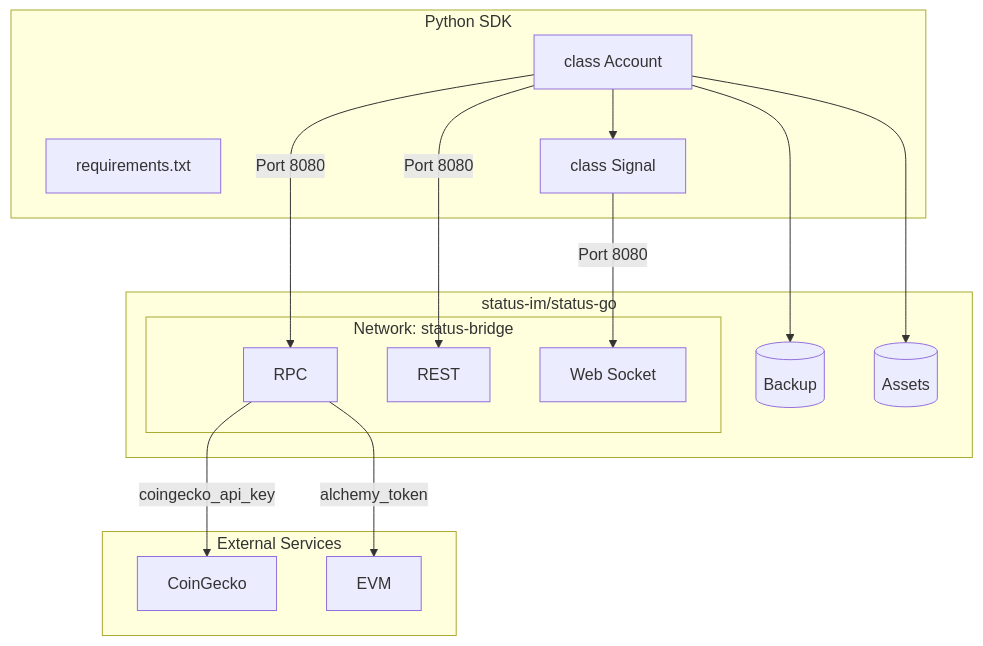
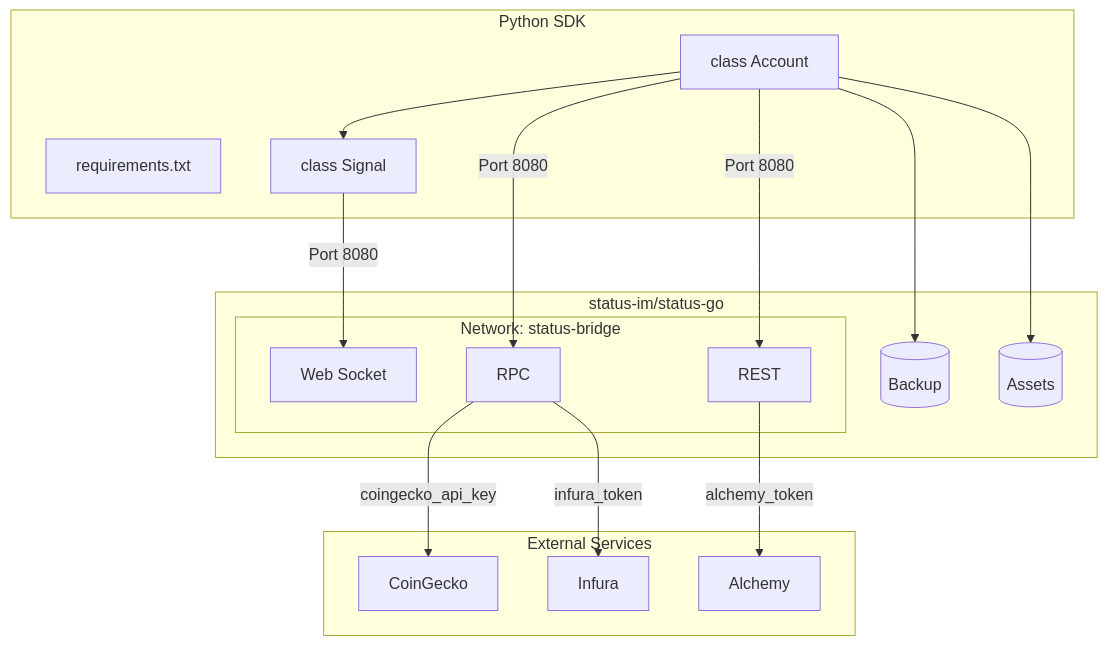
One commit to status-im/status-python-sdk changed the first of 2 diagrams in README.md. Above: the diagram before and after it, drawn with Mermaid. The commit also changed 3 other files, not shown here.

First line of the commit message:
wallet: Add Infura Token

````diff
--- a/README.md
+++ b/README.md
@@ -15,33 +15,35 @@
 ```mermaid
 graph TB
     subgraph backend[status-im/status-go]
         subgraph Endpoints[Network: status-bridge]
            RPC[RPC]
            HTTP[REST]
            SOCKET[Web Socket]
        end
        Vol1[(Backup)]
        Vol2[(Assets)]
    end
 
 
    subgraph bot[Python SDK]
         REQUIREMENTS[requirements.txt]
         SDK[class Account]
         SIGNAL[class Signal]
     end
 
     subgraph external[External Services]
         COINGECKO[CoinGecko]
-        EVM
+        ALCHEMY[Alchemy]
+        INFURA[Infura]
     end
 
     SDK --> SIGNAL
     SDK --> |Port 8080| RPC
     SDK --> |Port 8080| HTTP
     SIGNAL --> |Port 8080| SOCKET
     SDK --> Vol1
     SDK --> Vol2
     RPC --> |coingecko_api_key| COINGECKO
-    RPC --> |alchemy_token| EVM
+    RPC --> |infura_token| INFURA
+    HTTP --> |alchemy_token| ALCHEMY
 ```
````
